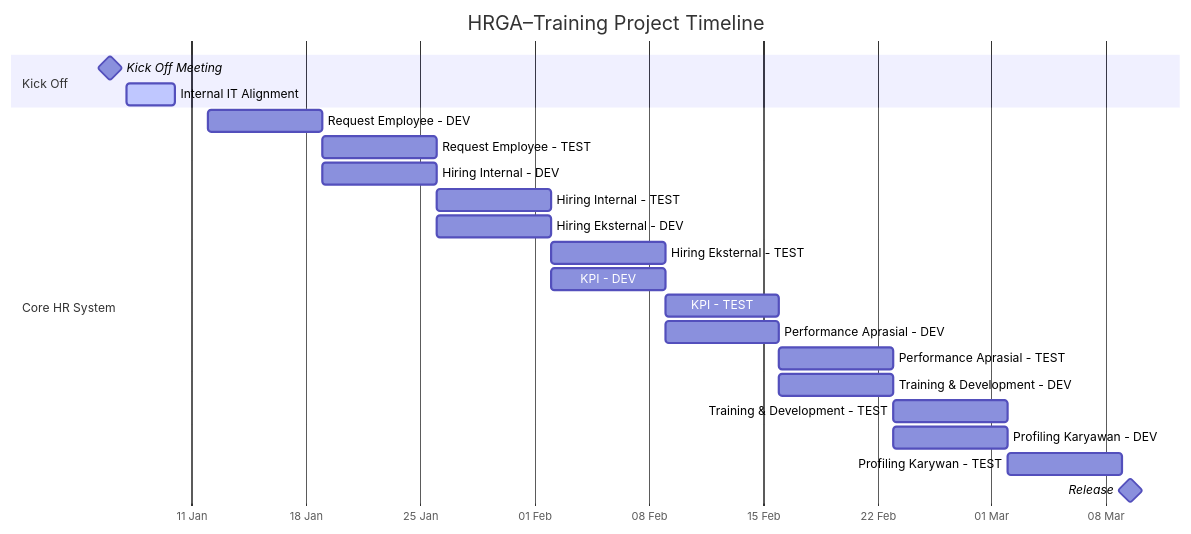
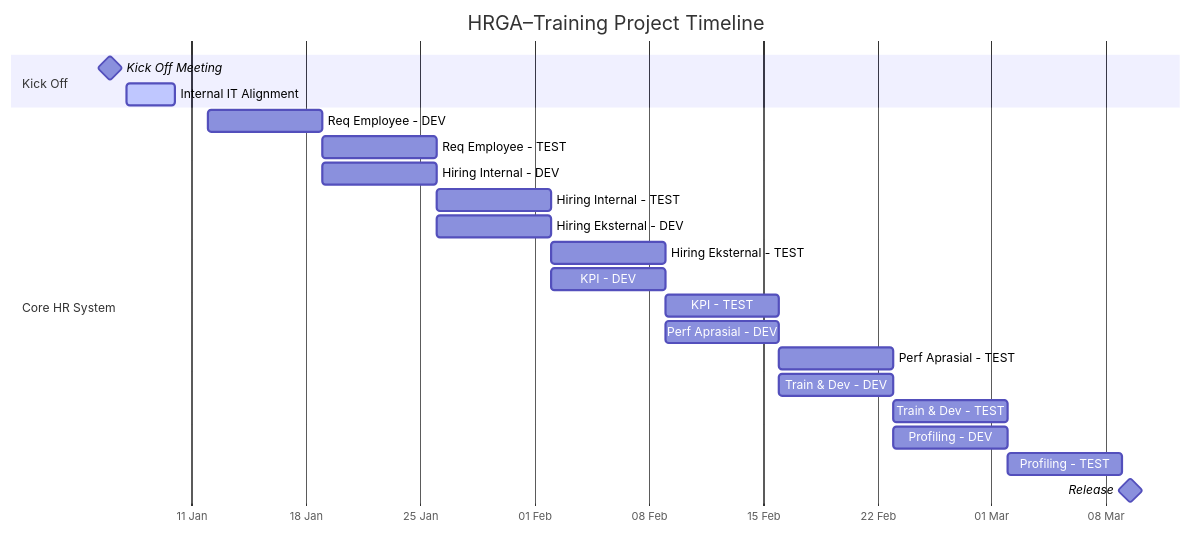
One commit to adelineafgr/project changed the second of 2 diagrams in hrga/corporate_services.md. Above: the diagram before and after it, drawn with Mermaid.

````diff
--- a/hrga/corporate_services.md
+++ b/hrga/corporate_services.md
@@ -111,35 +111,35 @@
 ```mermaid
 gantt
     title HRGA–Training Project Timeline
     dateFormat  YYYY-MM-DD
     axisFormat  %d %b
 
     section Kick Off
     Kick Off Meeting           :milestone, ko, 2026-01-05, 2d
     Internal IT Alignment      :active, ko2, 2026-01-07, 3d
 
     section Core HR System
-    Request Employee - DEV          :re_dev, 2026-01-12, 7d
-    Request Employee - TEST         :re_test, 2026-01-19, 7d
+    Req Employee - DEV          :re_dev, 2026-01-12, 7d
+    Req Employee - TEST         :re_test, 2026-01-19, 7d
 
     Hiring Internal - DEV           :hi_dev, 2026-01-19, 7d
     Hiring Internal - TEST          :hi_test, 2026-01-26, 7d
 
     Hiring Eksternal - DEV          :he_dev, 2026-01-26, 7d
     Hiring Eksternal - TEST         :he_test, 2026-02-02, 7d
 
     KPI - DEV                       :kpi_dev, 2026-02-02, 7d
     KPI - TEST                      :kpi_test, 2026-02-09, 7d
 
-    Performance Aprasial - DEV      :pa_dev, 2026-02-09, 7d
-    Performance Aprasial - TEST     :pa_test, 2026-02-16, 7d
+    Perf Aprasial - DEV      :pa_dev, 2026-02-09, 7d
+    Perf Aprasial - TEST     :pa_test, 2026-02-16, 7d
 
-    Training & Development - DEV    :td_dev, 2026-02-16, 7d
-    Training & Development - TEST   :td_test, 2026-02-23, 7d
+    Train & Dev - DEV    :td_dev, 2026-02-16, 7d
+    Train & Dev - TEST   :td_test, 2026-02-23, 7d
 
-    Profiling Karyawan - DEV        :td_dev, 2026-02-23, 7d
-    Profiling Karywan - TEST        :td_test, 2026-03-02, 7d
+    Profiling - DEV        :td_dev, 2026-02-23, 7d
+    Profiling - TEST        :td_test, 2026-03-02, 7d
 
     Release                         :milestone, Vr, 2026-03-09, 1d
 
 ```
````
